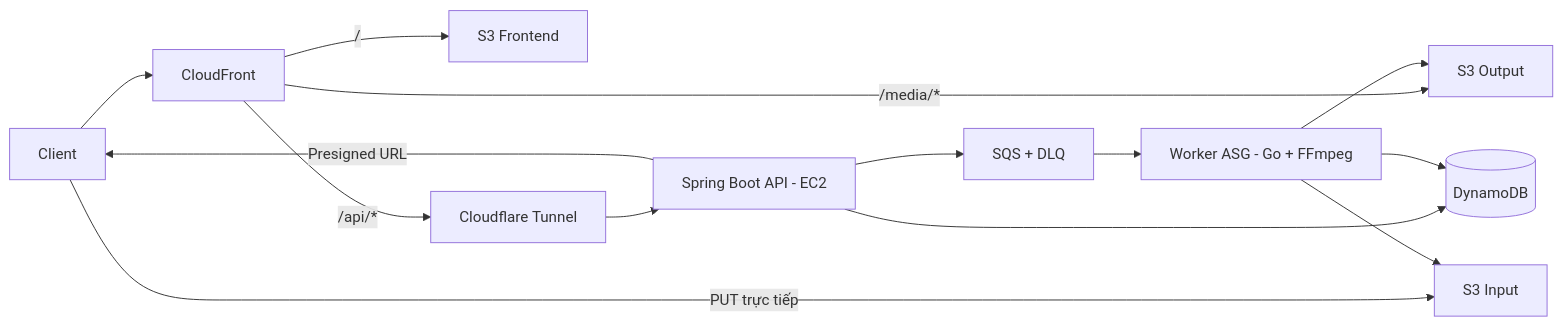
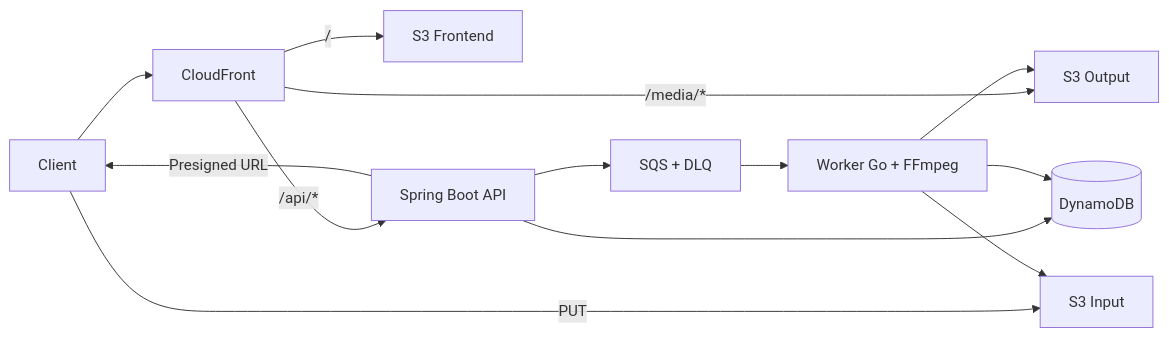
The diagram in README.md (vllddlvh/TransvidCloud), drawn with Mermaid before and after one commit. The commit also changed other lines of this file, not shown here.

````diff
--- a/README.md
+++ b/README.md
@@ -110,18 +22,16 @@
 ```mermaid
 flowchart LR
     U[Client] --> CF[CloudFront]
     CF -->|"/"| FE[S3 Frontend]
-    CF -->|"/api/*"| TUN[Cloudflare Tunnel]
+    CF -->|"/api/*"| API[Spring Boot API]
     CF -->|"/media/*"| OUT[S3 Output]
 
-    TUN --> API[Spring Boot API - EC2]
     API -->|Presigned URL| U
-    U -->|PUT trực tiếp| IN[S3 Input]
+    U -->|PUT| IN[S3 Input]
     API --> DDB[(DynamoDB)]
     API --> Q[SQS + DLQ]
-
-    Q --> W[Worker ASG - Go + FFmpeg]
+    Q --> W[Worker Go + FFmpeg]
     W --> IN
     W --> OUT
     W --> DDB
 ```
````
